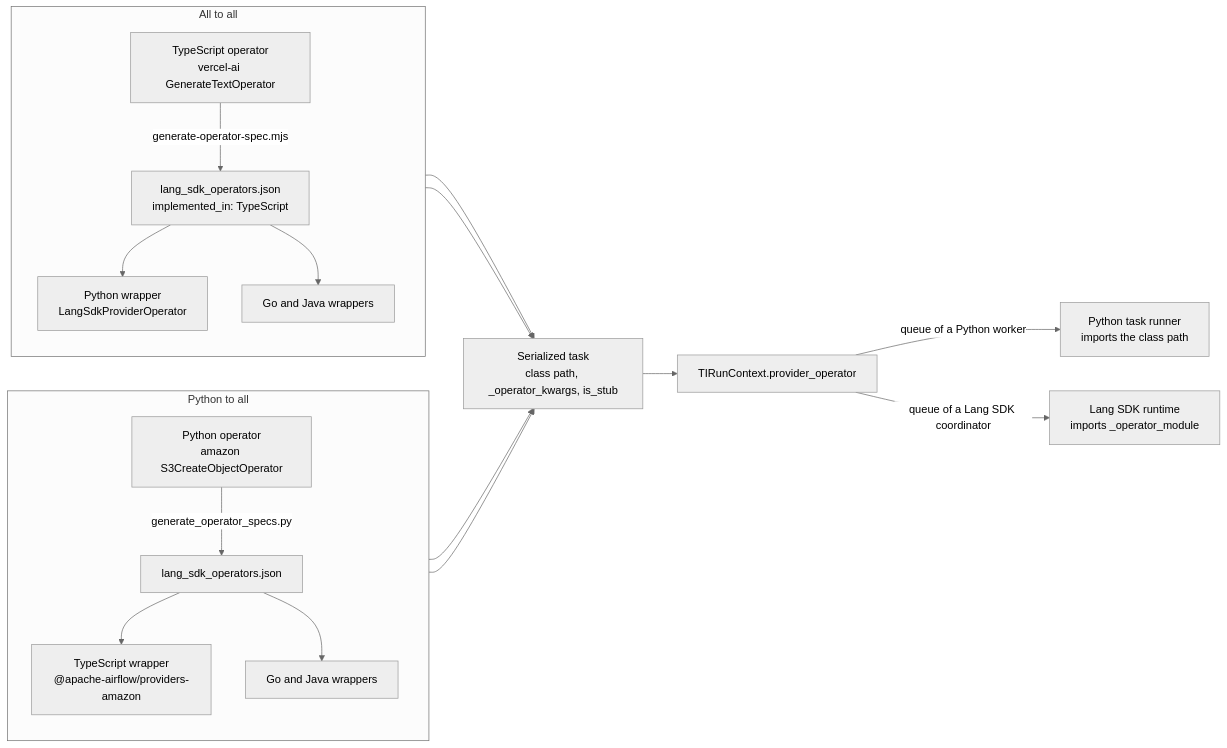
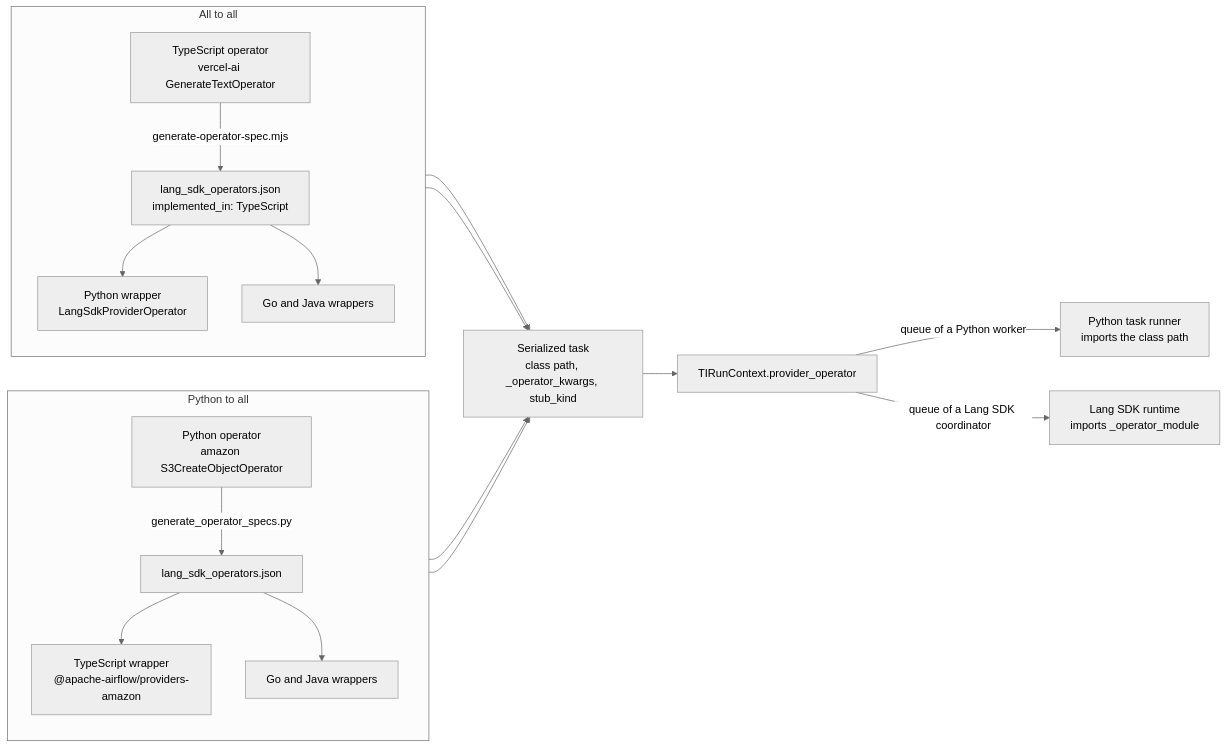
Before and after one commit to jason810496/airflow: the second of 7 diagrams in airflow-core/adr/lang-sdk/0018-provider-operators-across-sdks.md, drawn with Mermaid (neutral theme). The commit also changed other lines of this file, not shown here.

Commit message:
Add stub_kind and Dag queue inheritance to ADR-0018

````diff
--- a/airflow-core/adr/lang-sdk/0018-provider-operators-across-sdks.md
+++ b/airflow-core/adr/lang-sdk/0018-provider-operators-across-sdks.md
@@ -65,22 +66,22 @@
 ```mermaid
 flowchart LR
     subgraph p2a ["Python to all"]
         direction TB
         pyop["Python operator<br/>amazon S3CreateObjectOperator"] -- "generate_operator_specs.py" --> spec1["lang_sdk_operators.json"]
         spec1 --> tsbind["TypeScript wrapper<br/>@apache-airflow/providers-amazon"]
         spec1 --> gobind["Go and Java wrappers"]
     end
     subgraph a2a ["All to all"]
         direction TB
         tsop["TypeScript operator<br/>vercel-ai GenerateTextOperator"] -- "generate-operator-spec.mjs" --> spec2["lang_sdk_operators.json<br/>implemented_in: TypeScript"]
         spec2 --> pywrap["Python wrapper<br/>LangSdkProviderOperator"]
         spec2 --> gowrap["Go and Java wrappers"]
     end
-    tsbind --> task["Serialized task<br/>class path, _operator_kwargs, is_stub"]
+    tsbind --> task["Serialized task<br/>class path, _operator_kwargs, stub_kind"]
     gobind --> task
     pywrap --> task
     gowrap --> task
     task --> ctx["TIRunContext.provider_operator"]
     ctx -- "queue of a Python worker" --> pyrun["Python task runner<br/>imports the class path"]
     ctx -- "queue of a Lang SDK coordinator" --> lrun["Lang SDK runtime<br/>imports _operator_module"]
 ```
````
